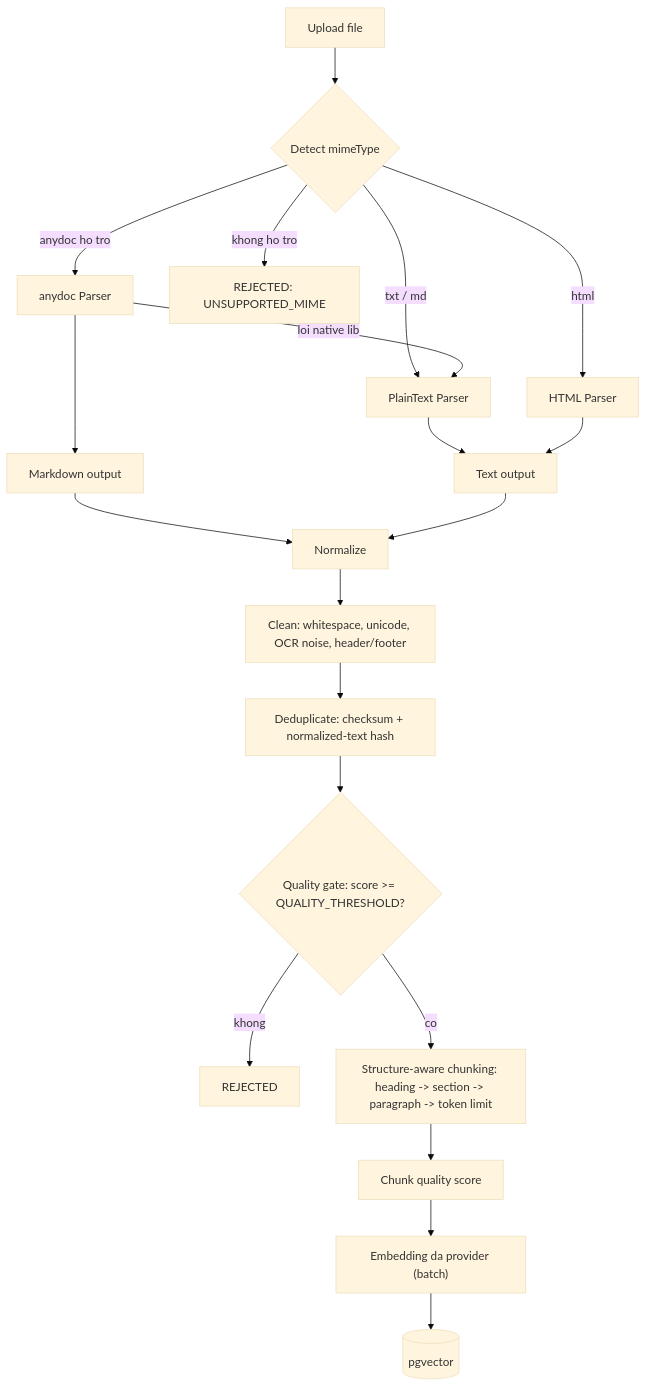
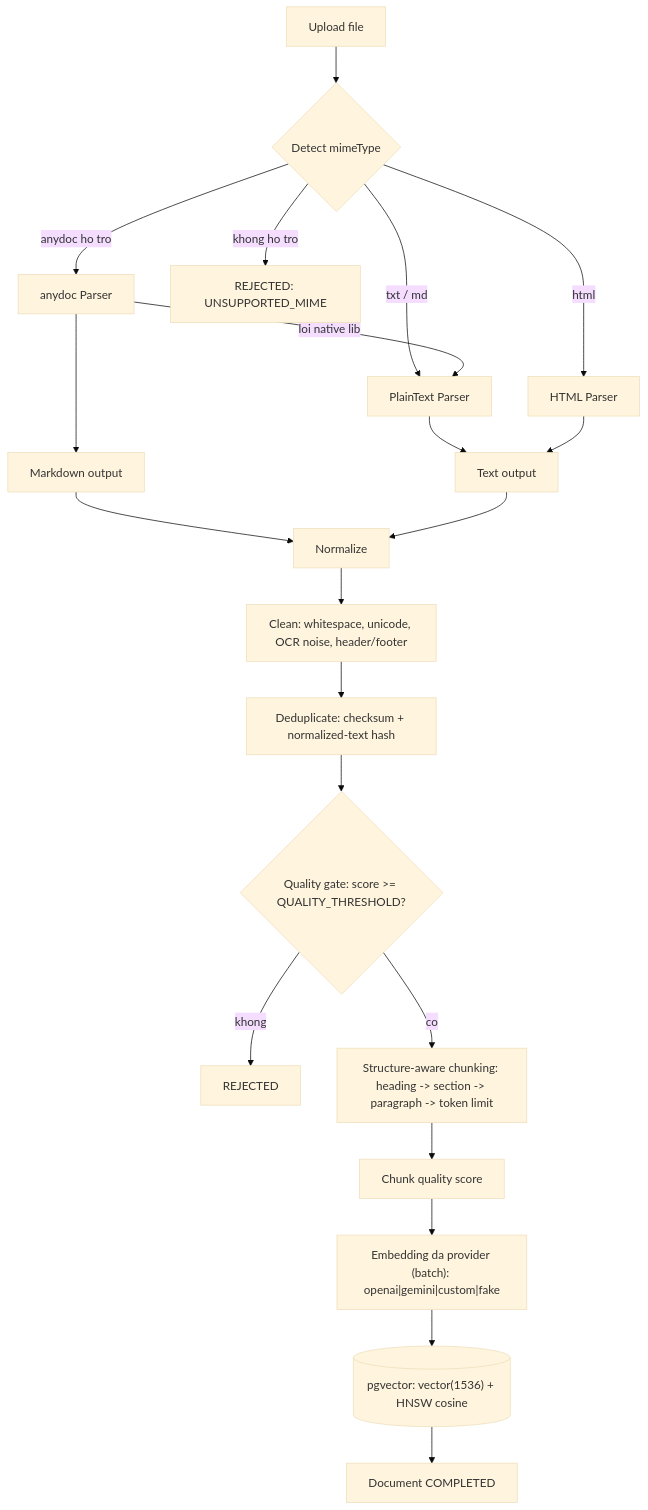
One commit to vietbevis/rag-reliability changed the first of 2 diagrams in docs/architecture/rag-architecture.md. Above: the diagram before and after it, drawn with Mermaid (base theme). The commit also changed other lines of this file and 25 other files, not shown here.

First line of the commit message:
feat(phase-3): embedding đa provider + lưu pgvector

````diff
--- a/docs/architecture/rag-architecture.md
+++ b/docs/architecture/rag-architecture.md
@@ -60,22 +61,23 @@
 ```mermaid
 flowchart TD
   U[Upload file] --> M{Detect mimeType}
   M -->|anydoc ho tro| A[anydoc Parser]
   M -->|txt / md| P[PlainText Parser]
   M -->|html| H[HTML Parser]
   M -->|khong ho tro| RJ[REJECTED: UNSUPPORTED_MIME]
   A -->|loi native lib| P
   A --> MD[Markdown output]
   P --> TX[Text output]
   H --> TX
   MD --> NRM[Normalize]
   TX --> NRM
   NRM --> CLN["Clean: whitespace, unicode, OCR noise, header/footer"]
   CLN --> DED["Deduplicate: checksum + normalized-text hash"]
   DED --> Q{"Quality gate: score >= QUALITY_THRESHOLD?"}
   Q -->|khong| RJ2[REJECTED]
   Q -->|co| CHK["Structure-aware chunking: heading -> section -> paragraph -> token limit"]
   CHK --> CQ[Chunk quality score]
-  CQ --> EMB["Embedding da provider (batch)"]
-  EMB --> PG[(pgvector)]
+  CQ --> EMB["Embedding da provider (batch): openai|gemini|custom|fake"]
+  EMB --> PG[("pgvector: vector(1536) + HNSW cosine")]
+  PG --> DONE["Document COMPLETED"]
 ```
````
